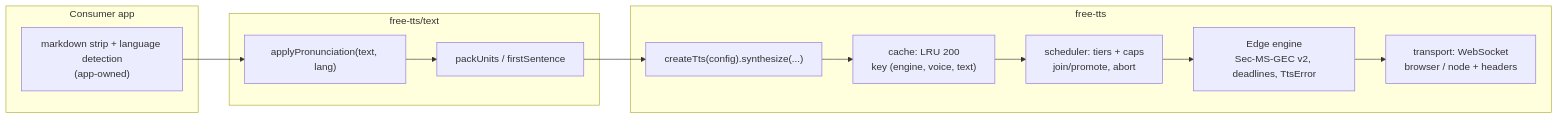
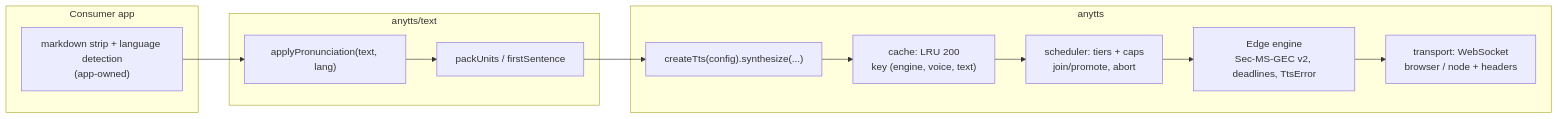
Before and after one commit to gmotyl/anytts: the first of 3 diagrams in openspec/changes/2026-10-14-free-tts-v1/design.md, drawn with Mermaid. The commit also changed other lines of this file and 11 other files, not shown here.

````diff
--- a/openspec/changes/2026-10-14-free-tts-v1/design.md
+++ b/openspec/changes/2026-10-14-free-tts-v1/design.md
@@ -9,18 +14,18 @@
 ```mermaid
 flowchart LR
   subgraph app["Consumer app"]
     prep["markdown strip + language detection<br/>(app-owned)"]
   end
-  subgraph text["free-tts/text"]
+  subgraph text["anytts/text"]
     pron["applyPronunciation(text, lang)"]
     pack["packUnits / firstSentence"]
   end
-  subgraph core["free-tts"]
+  subgraph core["anytts"]
     tts["createTts(config).synthesize(...)"]
     cache["cache: LRU 200<br/>key (engine, voice, text)"]
     sched["scheduler: tiers + caps<br/>join/promote, abort"]
     edge["Edge engine<br/>Sec-MS-GEC v2, deadlines, TtsError"]
     ws["transport: WebSocket<br/>browser / node + headers"]
   end
   prep --> pron --> pack --> tts --> cache --> sched --> edge --> ws
 ```
````
